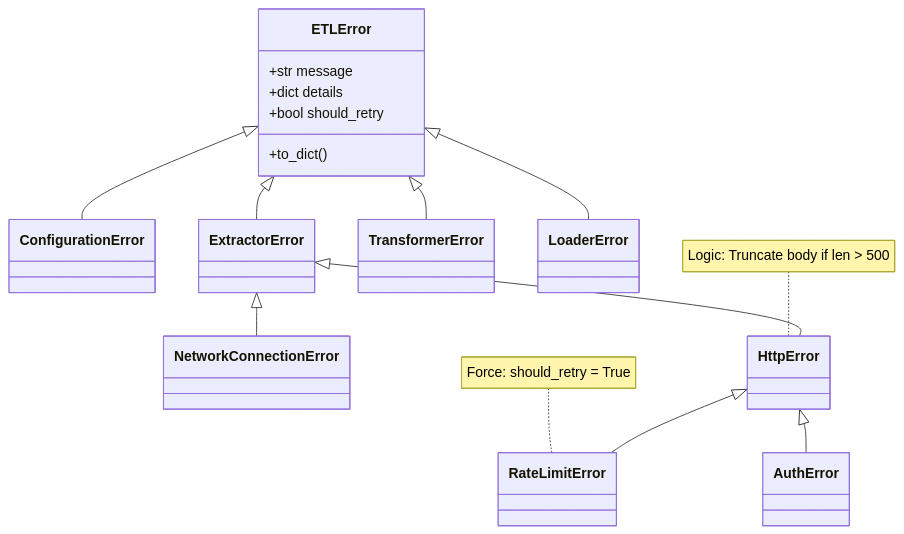
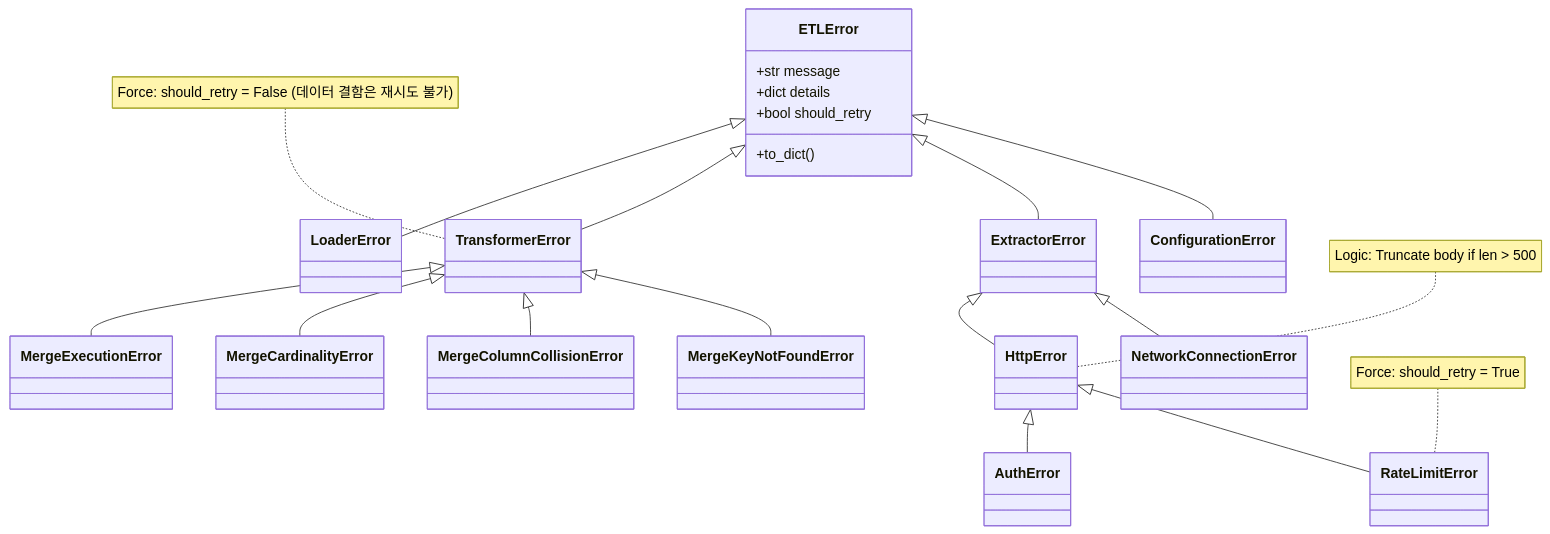
Before and after one commit to ASSETMIND/AssetMind: the diagram in docs/TCS/data-pipeline/TCS-EXC-001.md, drawn with Mermaid. The commit also changed other lines of this file, not shown here.

Commit message:
#219 - [docs] Transformer Exceptions 테스트 문서 확장 및 기존 문서 정리

````diff
--- a/docs/TCS/data-pipeline/TCS-EXC-001.md
+++ b/docs/TCS/data-pipeline/TCS-EXC-001.md
@@ -16,21 +16,27 @@
 ```mermaid
 classDiagram
     class ETLError {
         +str message
         +dict details
         +bool should_retry
         +to_dict()
     }
     ETLError <|-- ConfigurationError
     ETLError <|-- ExtractorError
     ETLError <|-- TransformerError
     ETLError <|-- LoaderError
 
     ExtractorError <|-- NetworkConnectionError
     ExtractorError <|-- HttpError
     HttpError <|-- RateLimitError
     HttpError <|-- AuthError
 
+    TransformerError <|-- MergeKeyNotFoundError
+    TransformerError <|-- MergeColumnCollisionError
+    TransformerError <|-- MergeCardinalityError
+    TransformerError <|-- MergeExecutionError
+
     note for HttpError "Logic: Truncate body if len > 500"
     note for RateLimitError "Force: should_retry = True"
+    note for TransformerError "Force: should_retry = False (데이터 결함은 재시도 불가)"
 ```
````
